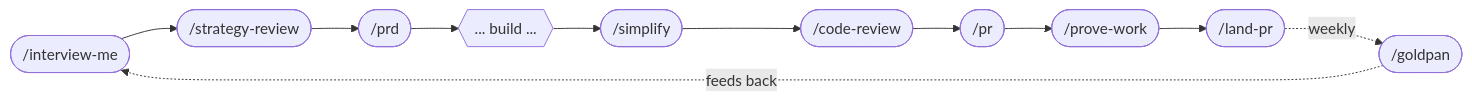
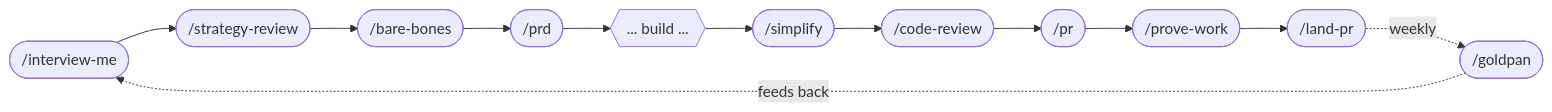
One commit to v1-io/v1tamins changed the second of 6 diagrams in README.md. Above: the diagram before and after it, drawn with Mermaid. The commit also changed other lines of this file and 4 other files, not shown here.

````diff
--- a/README.md
+++ b/README.md
@@ -166,22 +168,24 @@
 ```mermaid
 flowchart LR
   A([/interview-me]) --> B([/strategy-review])
-  B --> C([/prd])
-  C --> D{{... build ...}}
-  D --> E([/simplify])
-  E --> F([/code-review])
-  F --> G([/pr])
-  G --> H([/prove-work])
-  H --> I([/land-pr])
-  I -.weekly.-> J([/goldpan])
-  J -.feeds back.-> A
+  B --> C([/bare-bones])
+  C --> D([/prd])
+  D --> E{{... build ...}}
+  E --> F([/simplify])
+  F --> G([/code-review])
+  G --> H([/pr])
+  H --> I([/prove-work])
+  I --> J([/land-pr])
+  J -.weekly.-> K([/goldpan])
+  K -.feeds back.-> A
   click A href "./.agents/skills/interview-me/SKILL.md"
   click B href "./.agents/skills/strategy-review/SKILL.md"
-  click C href "./.agents/skills/prd/SKILL.md"
+  click C href "./.agents/skills/bare-bones/SKILL.md"
+  click D href "./.agents/skills/prd/SKILL.md"
   click E href "./.agents/skills/simplify/SKILL.md"
   click F href "./.agents/skills/code-review/SKILL.md"
   click G href "./.agents/skills/pr/SKILL.md"
   click H href "./.agents/skills/prove-work/SKILL.md"
   click I href "./.agents/skills/land-pr/SKILL.md"
-  click J href "./.agents/skills/goldpan/SKILL.md"
+  click K href "./.agents/skills/goldpan/SKILL.md"
 ```
````
